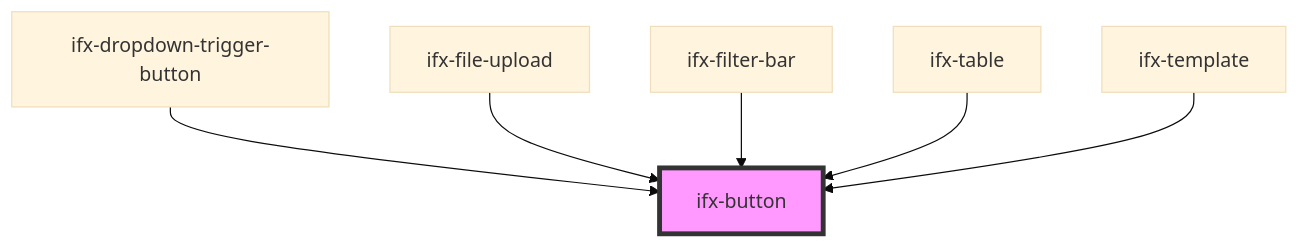
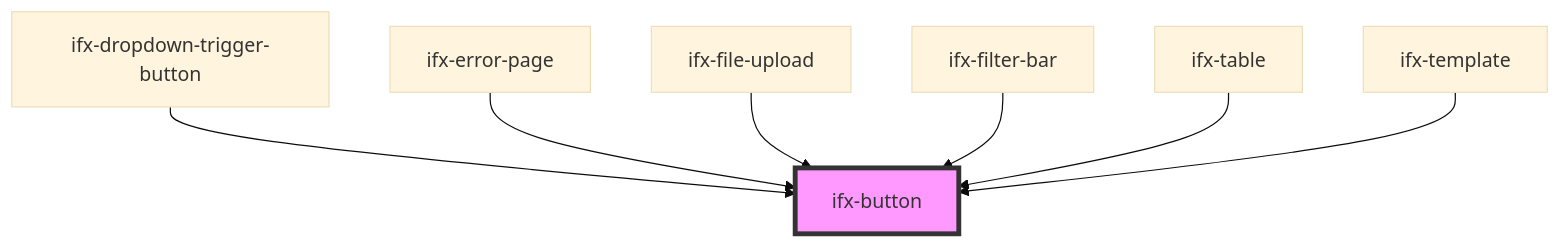
Before and after one commit to Infineon/infineon-design-system-stencil: the diagram in packages/components/src/components/button/readme.md, drawn with Mermaid (base theme). The commit also changed other lines of this file and 34 other files, not shown here.

Commit message:
wip error page

````diff
--- a/packages/components/src/components/button/readme.md
+++ b/packages/components/src/components/button/readme.md
@@ -47,9 +48,10 @@
 ```mermaid
 graph TD;
   ifx-dropdown-trigger-button --> ifx-button
+  ifx-error-page --> ifx-button
   ifx-file-upload --> ifx-button
   ifx-filter-bar --> ifx-button
   ifx-table --> ifx-button
   ifx-template --> ifx-button
   style ifx-button fill:#f9f,stroke:#333,stroke-width:4px
 ```
````
